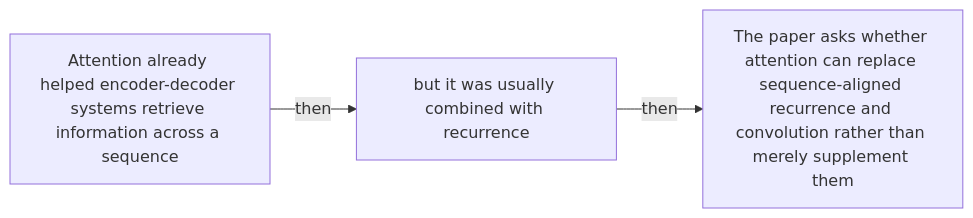
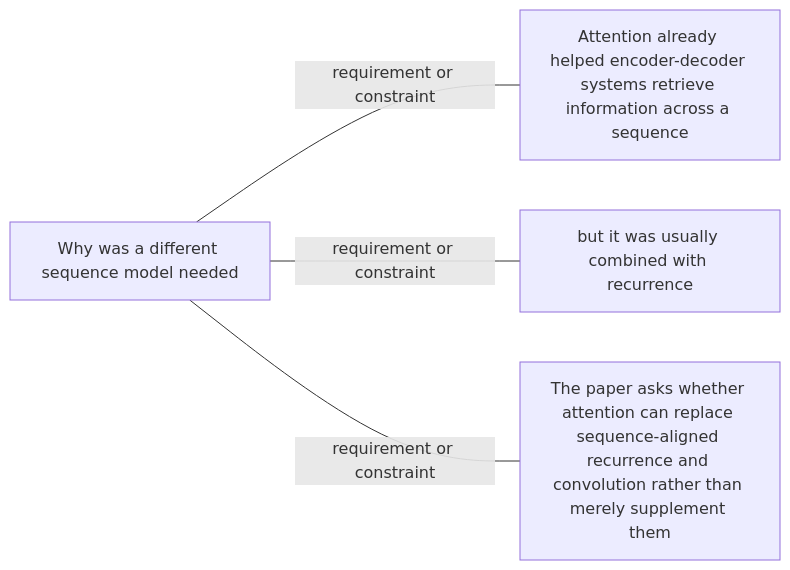
One commit to Betancourt1/paper_atlas changed the sixth of 54 diagrams in docs/visual-manifests/VISUAL_MANIFEST_ATTENTION_IS_ALL_YOU_NEED.md. Above: the diagram before and after it, drawn with Mermaid. The commit also changed other lines of this file and 7 other files, not shown here.

````diff
--- a/docs/visual-manifests/VISUAL_MANIFEST_ATTENTION_IS_ALL_YOU_NEED.md
+++ b/docs/visual-manifests/VISUAL_MANIFEST_ATTENTION_IS_ALL_YOU_NEED.md
@@ -432,8 +457,10 @@
 ```mermaid
 flowchart LR
-  n1["Attention already helped encoder-decoder systems retrieve information across a sequence"]
-  n2["but it was usually combined with recurrence"]
-  n3["The paper asks whether attention can replace sequence-aligned recurrence and convolution rather than merely supplement them"]
-  n1 -->|"then"| n2
-  n2 -->|"then"| n3
+  center["Why was a different sequence model needed"]
+  f1["Attention already helped encoder-decoder systems retrieve information across a sequence"]
+  f2["but it was usually combined with recurrence"]
+  f3["The paper asks whether attention can replace sequence-aligned recurrence and convolution rather than merely supplement them"]
+  center ---|"requirement or constraint"| f1
+  center ---|"requirement or constraint"| f2
+  center ---|"requirement or constraint"| f3
 ```
````
